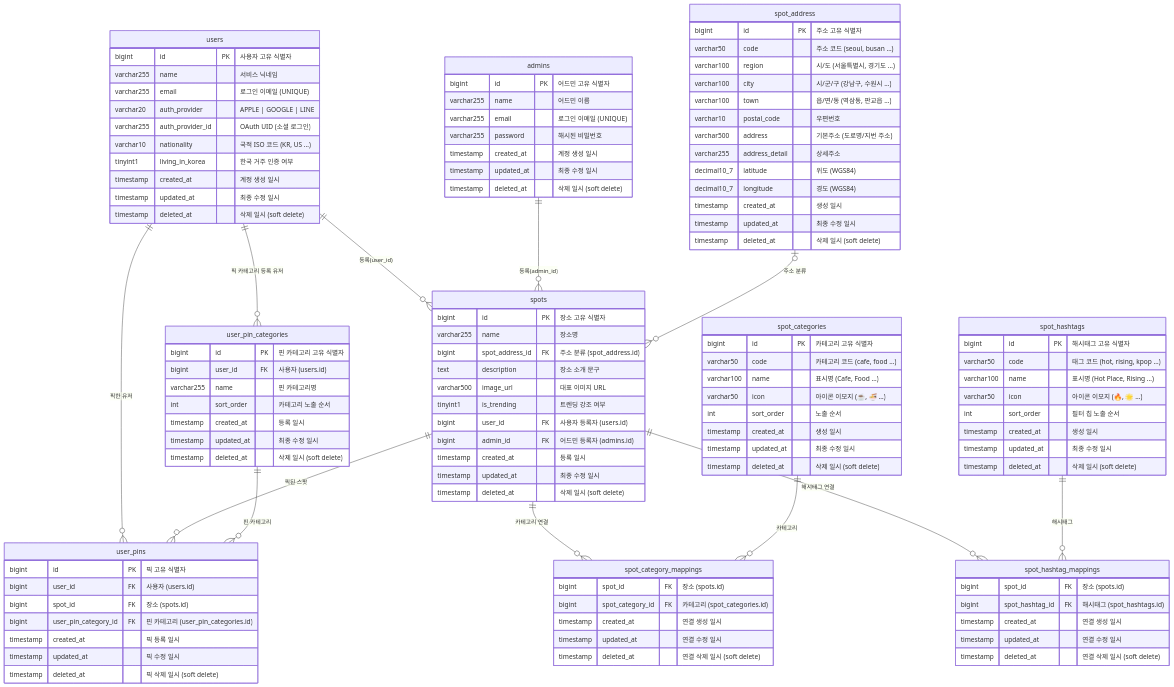
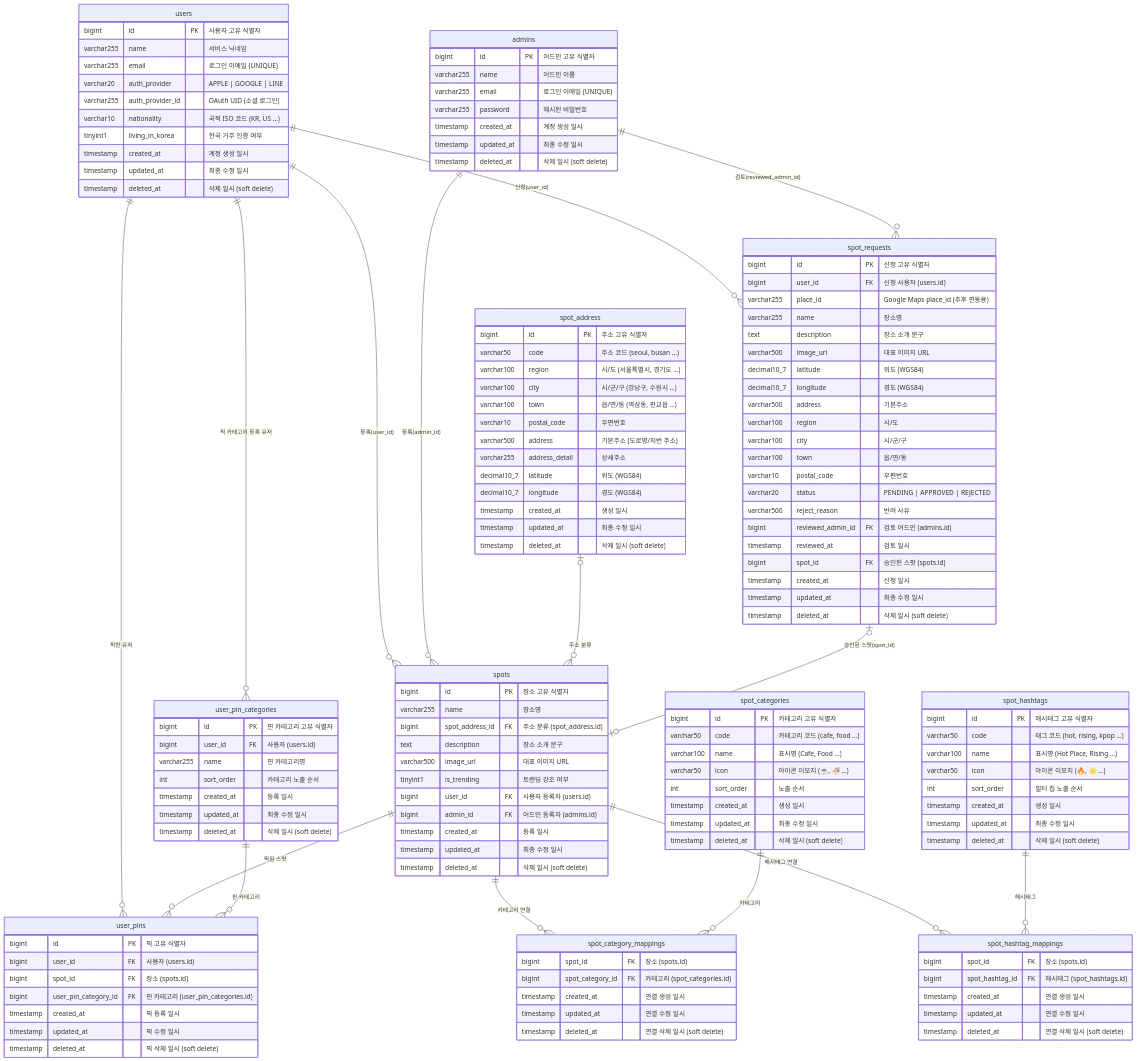
The diagram in src/main/resources/db/ddl/schema-erd.mmd (picko-labs/picko-api), drawn with Mermaid before and after one commit. The commit also changed 9 other files, not shown here.

```diff
--- a/src/main/resources/db/ddl/schema-erd.mmd
+++ b/src/main/resources/db/ddl/schema-erd.mmd
@@ -1,139 +1,168 @@
 erDiagram
 
     users {
         bigint      id               PK  "사용자 고유 식별자"
         varchar255  name                 "서비스 닉네임"
         varchar255  email                "로그인 이메일 (UNIQUE)"
         varchar20   auth_provider        "APPLE | GOOGLE | LINE"
         varchar255  auth_provider_id     "OAuth UID (소셜 로그인)"
         varchar10   nationality          "국적 ISO 코드 (KR, US …)"
         tinyint1    living_in_korea      "한국 거주 인증 여부"
         timestamp   created_at           "계정 생성 일시"
         timestamp   updated_at           "최종 수정 일시"
         timestamp   deleted_at           "삭제 일시 (soft delete)"
     }
 
     admins {
         bigint      id          PK  "어드민 고유 식별자"
         varchar255  name            "어드민 이름"
         varchar255  email           "로그인 이메일 (UNIQUE)"
         varchar255  password        "해시된 비밀번호"
         timestamp   created_at      "계정 생성 일시"
         timestamp   updated_at      "최종 수정 일시"
         timestamp   deleted_at      "삭제 일시 (soft delete)"
     }
 
     spot_address {
         bigint      id             PK  "주소 고유 식별자"
         varchar50   code               "주소 코드 (seoul, busan …)"
         varchar100  region             "시/도 (서울특별시, 경기도 …)"
         varchar100  city               "시/군/구 (강남구, 수원시 …)"
         varchar100  town               "읍/면/동 (역삼동, 판교읍 …)"
         varchar10   postal_code        "우편번호"
         varchar500  address            "기본주소 (도로명/지번 주소)"
         varchar255  address_detail     "상세주소"
         decimal10_7 latitude           "위도 (WGS84)"
         decimal10_7 longitude          "경도 (WGS84)"
         timestamp   created_at         "생성 일시"
         timestamp   updated_at         "최종 수정 일시"
         timestamp   deleted_at         "삭제 일시 (soft delete)"
     }
 
     spot_categories {
         bigint      id          PK  "카테고리 고유 식별자"
         varchar50   code            "카테고리 코드 (cafe, food …)"
         varchar100  name            "표시명 (Cafe, Food …)"
         varchar50   icon            "아이콘 이모지 (☕, 🍜 …)"
         int         sort_order      "노출 순서"
         timestamp   created_at      "생성 일시"
         timestamp   updated_at      "최종 수정 일시"
         timestamp   deleted_at      "삭제 일시 (soft delete)"
     }
 
     spots {
         bigint      id              PK  "장소 고유 식별자"
         varchar255  name                "장소명"
         bigint      spot_address_id FK  "주소 분류 (spot_address.id)"
         text        description         "장소 소개 문구"
         varchar500  image_url           "대표 이미지 URL"
         tinyint1    is_trending         "트렌딩 강조 여부"
         bigint      user_id         FK  "사용자 등록자 (users.id)"
         bigint      admin_id        FK  "어드민 등록자 (admins.id)"
         timestamp   created_at          "등록 일시"
         timestamp   updated_at          "최종 수정 일시"
         timestamp   deleted_at          "삭제 일시 (soft delete)"
     }
 
     spot_category_mappings {
         bigint      spot_id          FK  "장소 (spots.id)"
         bigint      spot_category_id FK  "카테고리 (spot_categories.id)"
         timestamp   created_at           "연결 생성 일시"
         timestamp   updated_at           "연결 수정 일시"
         timestamp   deleted_at           "연결 삭제 일시 (soft delete)"
     }
 
     user_pin_categories {
         bigint      id         PK  "핀 카테고리 고유 식별자"
         bigint      user_id    FK  "사용자 (users.id)"
         varchar255  name           "핀 카테고리명"
         int         sort_order     "카테고리 노출 순서"
         timestamp   created_at     "등록 일시"
         timestamp   updated_at     "최종 수정 일시"
         timestamp   deleted_at     "삭제 일시 (soft delete)"
     }
 
     user_pins {
         bigint      id                   PK  "픽 고유 식별자"
         bigint      user_id              FK  "사용자 (users.id)"
         bigint      spot_id              FK  "장소 (spots.id)"
         bigint      user_pin_category_id FK  "핀 카테고리 (user_pin_categories.id)"
         timestamp   created_at               "픽 등록 일시"
         timestamp   updated_at               "픽 수정 일시"
         timestamp   deleted_at               "픽 삭제 일시 (soft delete)"
     }
 
     spot_hashtags {
         bigint      id          PK  "해시태그 고유 식별자"
         varchar50   code            "태그 코드 (hot, rising, kpop …)"
         varchar100  name            "표시명 (Hot Place, Rising …)"
         varchar50   icon            "아이콘 이모지 (🔥, 🌟 …)"
         int         sort_order      "필터 칩 노출 순서"
         timestamp   created_at      "생성 일시"
         timestamp   updated_at      "최종 수정 일시"
         timestamp   deleted_at      "삭제 일시 (soft delete)"
     }
 
     spot_hashtag_mappings {
         bigint      spot_id         FK  "장소 (spots.id)"
         bigint      spot_hashtag_id FK  "해시태그 (spot_hashtags.id)"
         timestamp   created_at          "연결 생성 일시"
         timestamp   updated_at          "연결 수정 일시"
         timestamp   deleted_at          "연결 삭제 일시 (soft delete)"
     }
 
+    spot_requests {
+        bigint      id                PK  "신청 고유 식별자"
+        bigint      user_id           FK  "신청 사용자 (users.id)"
+        varchar255  place_id              "Google Maps place_id (추후 연동용)"
+        varchar255  name                  "장소명"
+        text        description           "장소 소개 문구"
+        varchar500  image_url             "대표 이미지 URL"
+        decimal10_7 latitude              "위도 (WGS84)"
+        decimal10_7 longitude             "경도 (WGS84)"
+        varchar500  address               "기본주소"
+        varchar100  region                "시/도"
+        varchar100  city                  "시/군/구"
+        varchar100  town                  "읍/면/동"
+        varchar10   postal_code           "우편번호"
+        varchar20   status                "PENDING | APPROVED | REJECTED"
+        varchar500  reject_reason         "반려 사유"
+        bigint      reviewed_admin_id  FK  "검토 어드민 (admins.id)"
+        timestamp   reviewed_at            "검토 일시"
+        bigint      spot_id           FK  "승인된 스팟 (spots.id)"
+        timestamp   created_at             "신청 일시"
+        timestamp   updated_at             "최종 수정 일시"
+        timestamp   deleted_at             "삭제 일시 (soft delete)"
+    }
+
     %% ── 관계 정의 ──────────────────────────────────────────
 
     %% users → spots : 유저가 스팟을 직접 등록
     users                ||--o{ spots                    : "등록(user_id)"
 
     %% admins → spots : 어드민이 스팟을 등록
     admins               ||--o{ spots                    : "등록(admin_id)"
 
     %% users ↔ spots : 유저가 스팟을 픽(북마크)
     users                ||--o{ user_pins                : "픽한 유저"
     spots                ||--o{ user_pins                : "픽된 스팟"
 
     %% users → user_pin_categories : 유저의 픽 카테고리
     users                ||--o{ user_pin_categories        : "픽 카테고리 등록 유저"
     user_pin_categories  ||--o{ user_pins                  : "핀 카테고리"
 
     %% spots ↔ spot_categories : 스팟 카테고리 (N개)
     spots                ||--o{ spot_category_mappings   : "카테고리 연결"
     spot_categories      ||--o{ spot_category_mappings   : "카테고리"
 
     %% spots → spot_address : 주소 분류
     spot_address         |o--o{ spots                    : "주소 분류"
 
     %% spots ↔ spot_hashtags : 해시태그 필터
     spots                ||--o{ spot_hashtag_mappings    : "해시태그 연결"
     spot_hashtags        ||--o{ spot_hashtag_mappings    : "해시태그"
+
+    %% users → spot_requests : 사용자 스팟 등록 신청
+    users                ||--o{ spot_requests            : "신청(user_id)"
+    admins               ||--o{ spot_requests            : "검토(reviewed_admin_id)"
+    spot_requests        |o--o| spots                    : "승인된 스팟(spot_id)"
```
